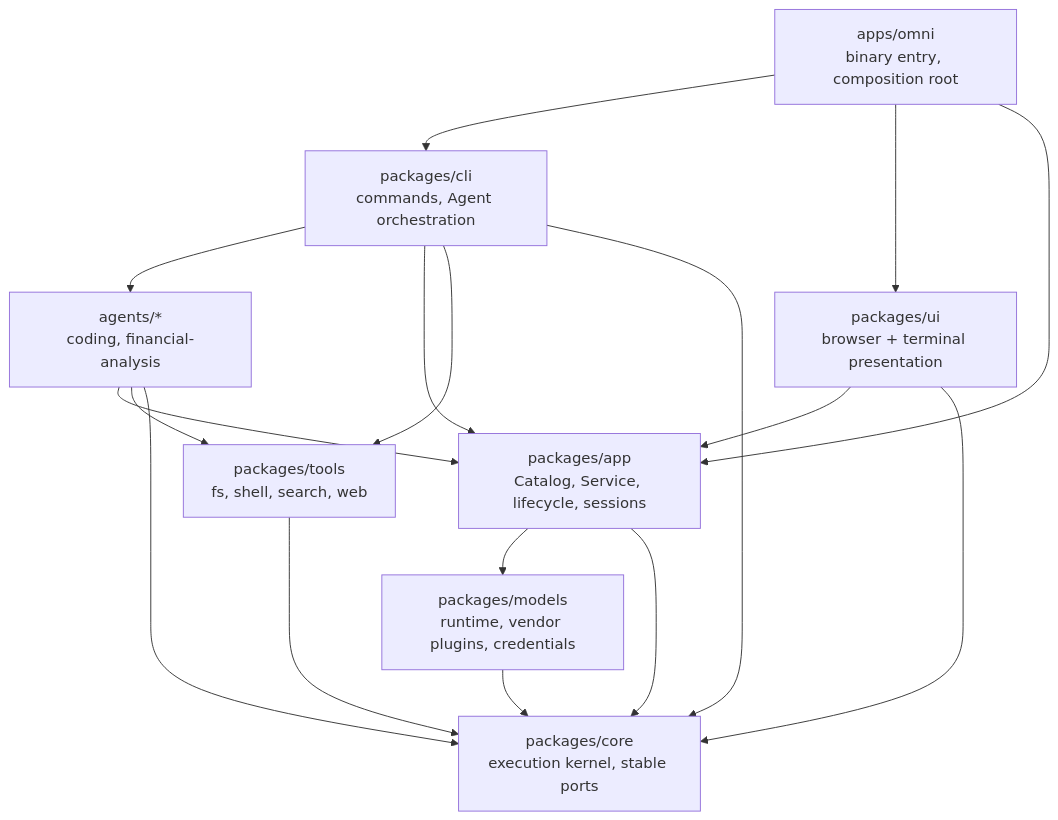
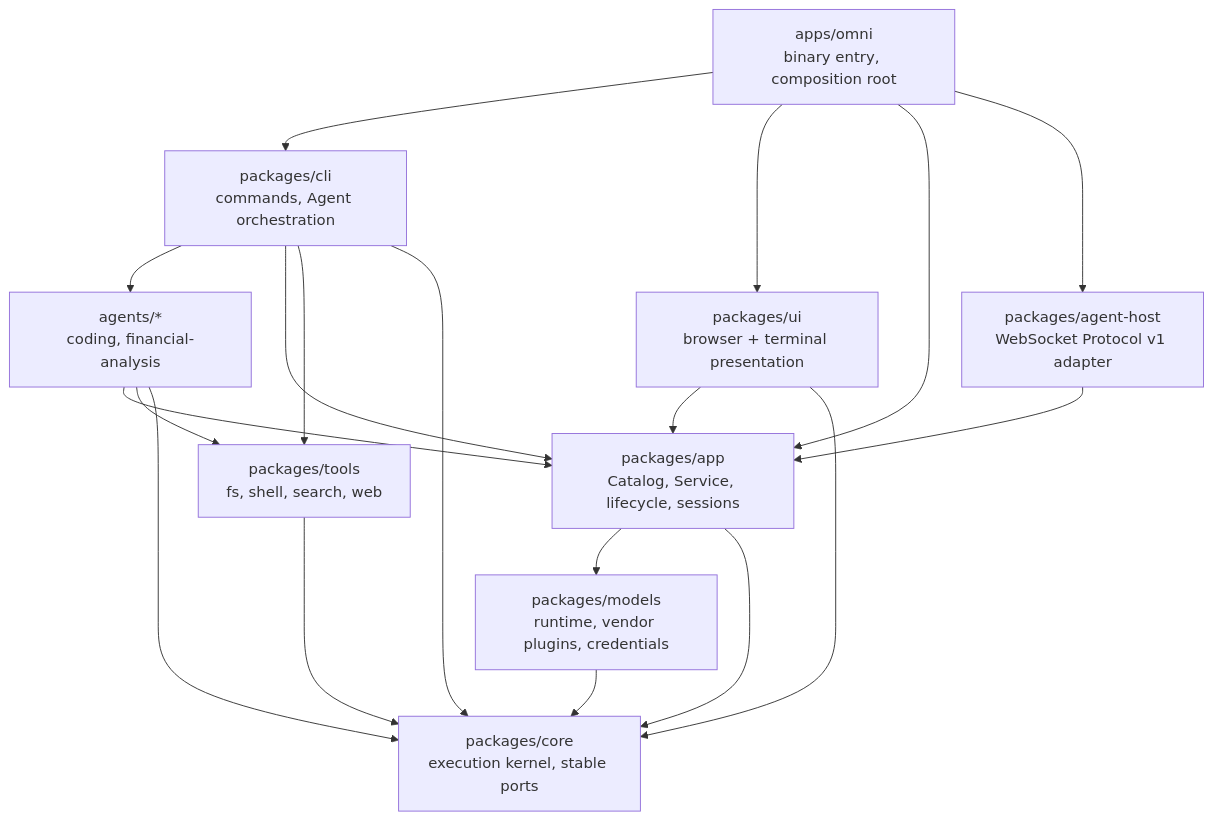
One commit to xdnloveme/omni-agent changed the diagram in README.md. Above: the diagram before and after it, drawn with Mermaid. The commit also changed other lines of this file and 36 other files, not shown here.

Commit message:
feat(agent-host): add authenticated websocket service host

````diff
--- a/README.md
+++ b/README.md
@@ -559,28 +565,31 @@
 ```mermaid
 graph TD
     HOST["apps/omni<br/>binary entry, composition root"]
     CLI["packages/cli<br/>commands, Agent orchestration"]
     AGENTS["agents/*<br/>coding, financial-analysis"]
     APP["packages/app<br/>Catalog, Service, lifecycle, sessions"]
+    AGENT_HOST["packages/agent-host<br/>WebSocket Protocol v1 adapter"]
     MODELS["packages/models<br/>runtime, vendor plugins, credentials"]
     TOOLS["packages/tools<br/>fs, shell, search, web"]
     UI["packages/ui<br/>browser + terminal presentation"]
     CORE["packages/core<br/>execution kernel, stable ports"]
 
     HOST --> CLI
     HOST --> UI
     HOST --> APP
+    HOST --> AGENT_HOST
+    AGENT_HOST --> APP
     CLI --> AGENTS
     CLI --> APP
     CLI --> TOOLS
     CLI --> CORE
     AGENTS --> APP
     AGENTS --> TOOLS
     UI --> APP
     UI --> CORE
     AGENTS --> CORE
     APP --> MODELS
     APP --> CORE
     MODELS --> CORE
     TOOLS --> CORE
 ```
````
